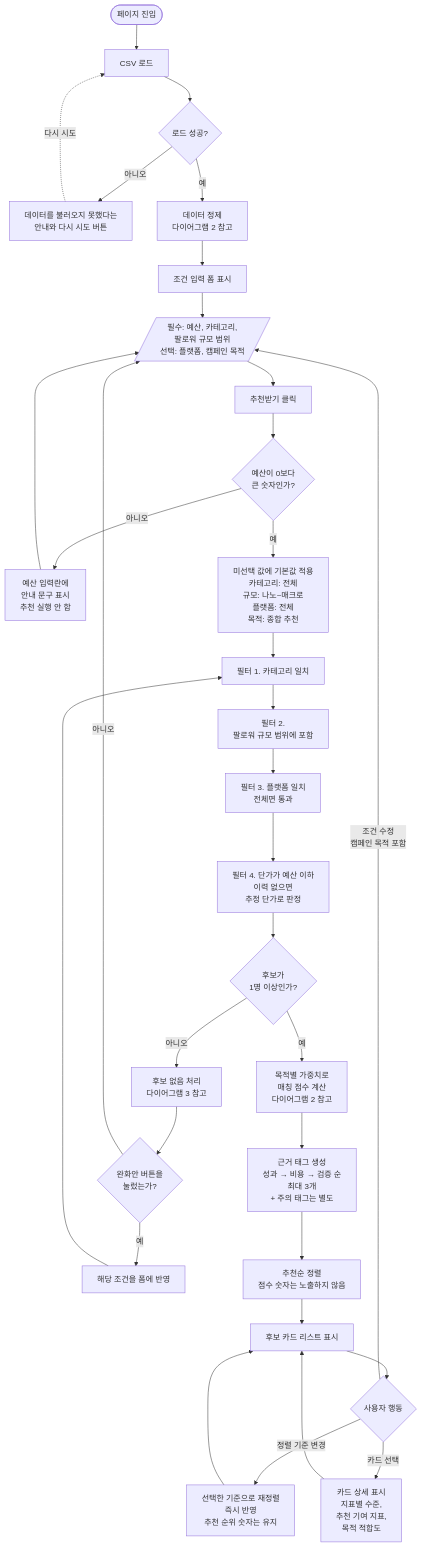
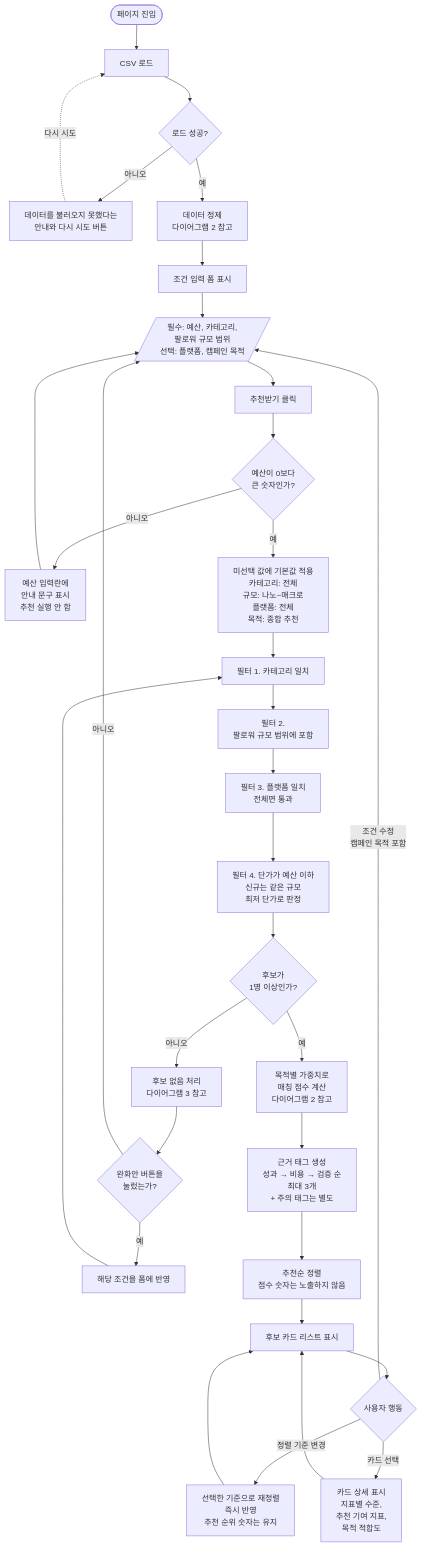
Before and after one commit to kimyyyjiii-jpg/creator-matching-prototype: the first of 3 diagrams in flowchart.md, drawn with Mermaid. The commit also changed other lines of this file and 11 other files, not shown here.

````diff
--- a/flowchart.md
+++ b/flowchart.md
@@ -11,40 +11,40 @@
 ```mermaid
 flowchart TD
     START([페이지 진입]) --> LOAD[CSV 로드]
     LOAD --> LOADOK{로드 성공?}
     LOADOK -- 아니오 --> LOADERR[데이터를 불러오지 못했다는<br/>안내와 다시 시도 버튼]
     LOADERR -. 다시 시도 .-> LOAD
     LOADOK -- 예 --> CLEAN[데이터 정제<br/>다이어그램 2 참고]
     CLEAN --> FORM[조건 입력 폼 표시]
 
     FORM --> INPUT[/필수: 예산, 카테고리,<br/>팔로워 규모 범위<br/>선택: 플랫폼, 캠페인 목적/]
     INPUT --> CLICK[추천받기 클릭]
     CLICK --> VALID{예산이 0보다<br/>큰 숫자인가?}
     VALID -- 아니오 --> VALERR[예산 입력란에<br/>안내 문구 표시<br/>추천 실행 안 함]
     VALERR --> INPUT
 
     VALID -- 예 --> DEFAULTS[미선택 값에 기본값 적용<br/>카테고리: 전체<br/>규모: 나노~매크로<br/>플랫폼: 전체<br/>목적: 종합 추천]
     DEFAULTS --> F1[필터 1. 카테고리 일치]
     F1 --> F2[필터 2.<br/>팔로워 규모 범위에 포함]
     F2 --> F3[필터 3. 플랫폼 일치<br/>전체면 통과]
-    F3 --> F4[필터 4. 단가가 예산 이하<br/>이력 없으면<br/>추정 단가로 판정]
+    F3 --> F4[필터 4. 단가가 예산 이하<br/>신규는 같은 규모<br/>최저 단가로 판정]
     F4 --> COUNT{후보가<br/>1명 이상인가?}
 
     COUNT -- 아니오 --> EMPTY[후보 없음 처리<br/>다이어그램 3 참고]
     EMPTY --> RELAXCLICK{완화안 버튼을<br/>눌렀는가?}
     RELAXCLICK -- 예 --> APPLY[해당 조건을 폼에 반영]
     APPLY --> F1
     RELAXCLICK -- 아니오 --> INPUT
 
     COUNT -- 예 --> SCORE[목적별 가중치로<br/>매칭 점수 계산<br/>다이어그램 2 참고]
     SCORE --> TAGS[근거 태그 생성<br/>성과 → 비용 → 검증 순<br/>최대 3개<br/>+ 주의 태그는 별도]
     TAGS --> SORT[추천순 정렬<br/>점수 숫자는 노출하지 않음]
     SORT --> LIST[후보 카드 리스트 표시]
 
     LIST --> ACTION{사용자 행동}
     ACTION -- 정렬 기준 변경 --> RESORT[선택한 기준으로 재정렬<br/>즉시 반영<br/>추천 순위 숫자는 유지]
     RESORT --> LIST
     ACTION -- 카드 선택 --> DETAIL[카드 상세 표시<br/>지표별 수준,<br/>추천 기여 지표,<br/>목적 적합도]
     DETAIL --> LIST
     ACTION -- 조건 수정<br/>캠페인 목적 포함 --> INPUT
 ```
````
